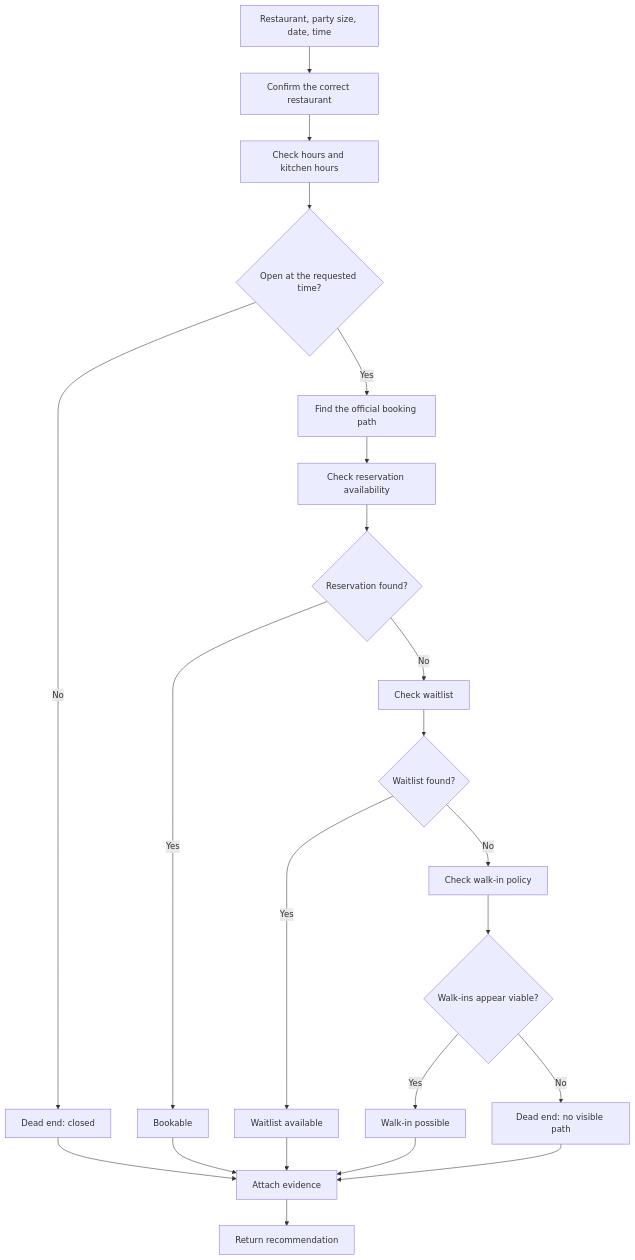
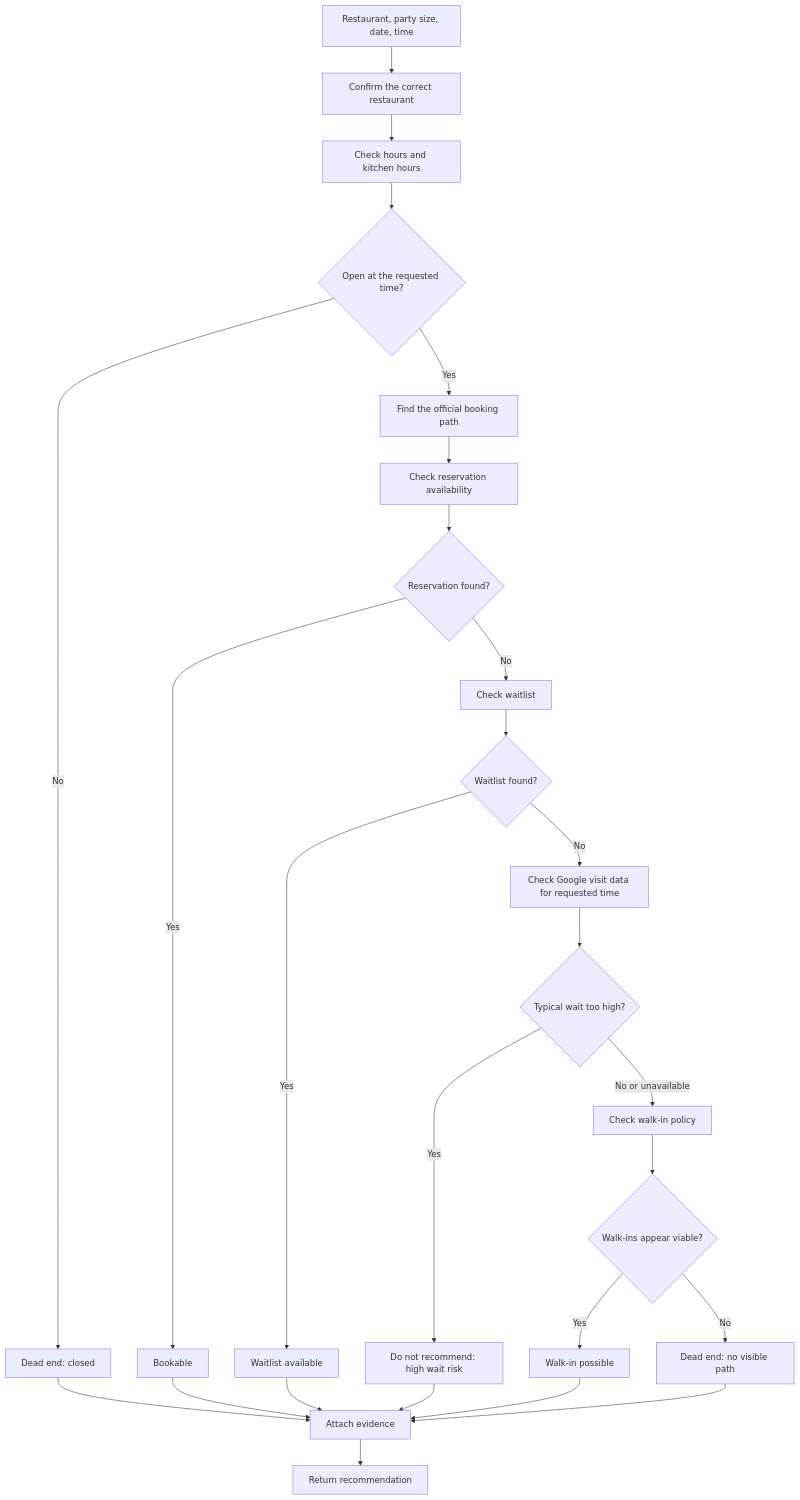
The fourth of 8 diagrams in restaurant-availability-agent.md (maxbov1/hungryradar), drawn with Mermaid before and after one commit. The commit also changed other lines of this file and 1 other file, not shown here.

Commit message:
docs: make Google Places canonical place source

````diff
--- a/restaurant-availability-agent.md
+++ b/restaurant-availability-agent.md
@@ -270,30 +270,34 @@
 ```mermaid
 flowchart TD
     A[Restaurant, party size, date, time] --> B[Confirm the correct restaurant]
     B --> C[Check hours and kitchen hours]
     C --> D{Open at the requested time?}
 
     D -->|No| X[Dead end: closed]
     D -->|Yes| E[Find the official booking path]
 
     E --> F[Check reservation availability]
     F --> G{Reservation found?}
 
     G -->|Yes| H[Bookable]
     G -->|No| I[Check waitlist]
 
     I --> J{Waitlist found?}
     J -->|Yes| K[Waitlist available]
-    J -->|No| L[Check walk-in policy]
+    J -->|No| L[Check Google visit data for requested time]
+    L --> M{Typical wait too high?}
+    M -->|Yes| N[Do not recommend: high wait risk]
+    M -->|No or unavailable| O[Check walk-in policy]
 
-    L --> M{Walk-ins appear viable?}
-    M -->|Yes| N[Walk-in possible]
-    M -->|No| O[Dead end: no visible path]
+    O --> P{Walk-ins appear viable?}
+    P -->|Yes| Q[Walk-in possible]
+    P -->|No| R[Dead end: no visible path]
 
-    H --> P[Attach evidence]
-    K --> P
-    N --> P
-    X --> P
-    O --> P
-    P --> Q[Return recommendation]
+    H --> S[Attach evidence]
+    K --> S
+    N --> S
+    Q --> S
+    X --> S
+    R --> S
+    S --> T[Return recommendation]
 ```
````
